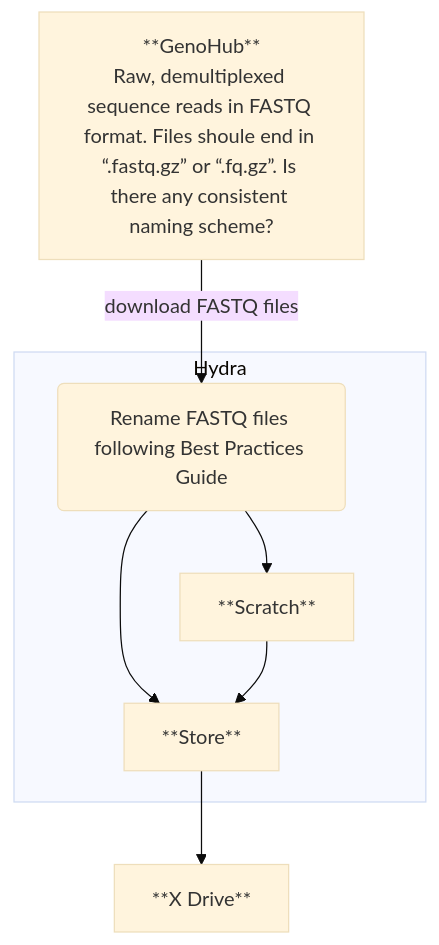
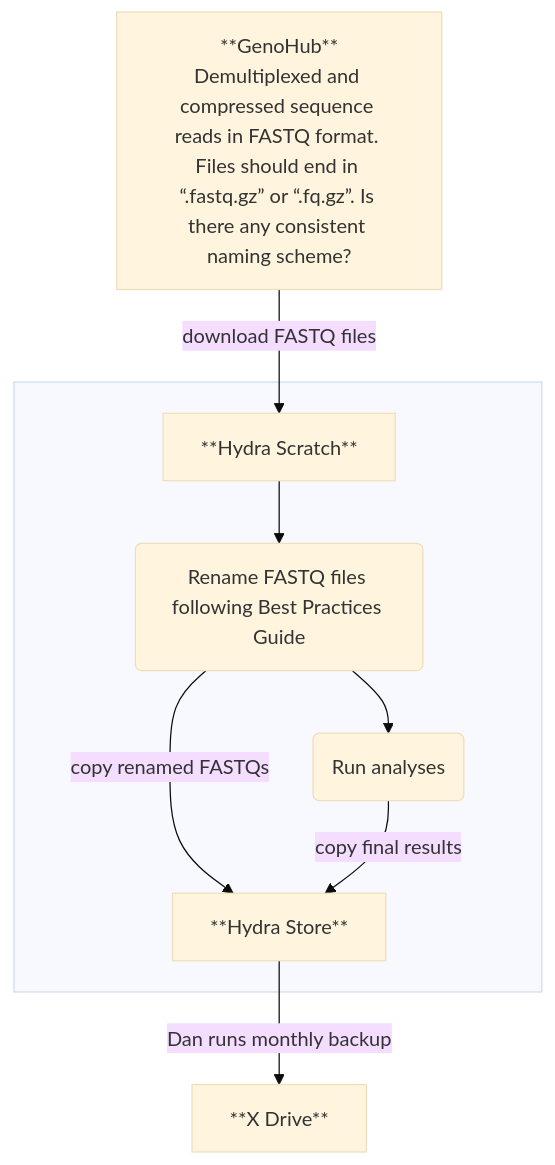
Before and after one commit to Smithsonian/NMNH-Ocean-DNA: the diagram in README.md, drawn with Mermaid (base theme). The commit also changed other lines of this file, not shown here.

````diff
--- a/README.md
+++ b/README.md
@@ -4,19 +5,21 @@
 ```mermaid
 graph TD;
 
   GenoHub[**GenoHub**
-Raw, demultiplexed sequence reads in FASTQ format. Files shoule end in “.fastq.gz” or “.fq.gz”. Is there any consistent naming scheme?]
+Demultiplexed and compressed sequence reads in FASTQ format. Files should end in “.fastq.gz” or “.fq.gz”. Is there any consistent naming scheme?]
   Rename("`Rename FASTQ files following Best Practices Guide`")
-  Scratch[**Scratch**]
-  Store[**Store**]
+  Analyses(Run analyses)
+  Scratch[**Hydra Scratch**]
+  Store[**Hydra Store**]
   XDrive[**X Drive**]
 
-  GenoHub--download FASTQ files-->Rename
-  subgraph Hydra
-    Rename-->Scratch
-    Rename-->Store
-    Scratch-->Store
+  GenoHub--download FASTQ files-->Scratch
+  subgraph " "
+    Scratch-->Rename
+    Rename-->Analyses
+    Rename--copy renamed FASTQs-->Store
+    Analyses--copy final results-->Store
   end
-  Store-->XDrive
+  Store--Dan runs monthly backup-->XDrive
 
 ```
````
